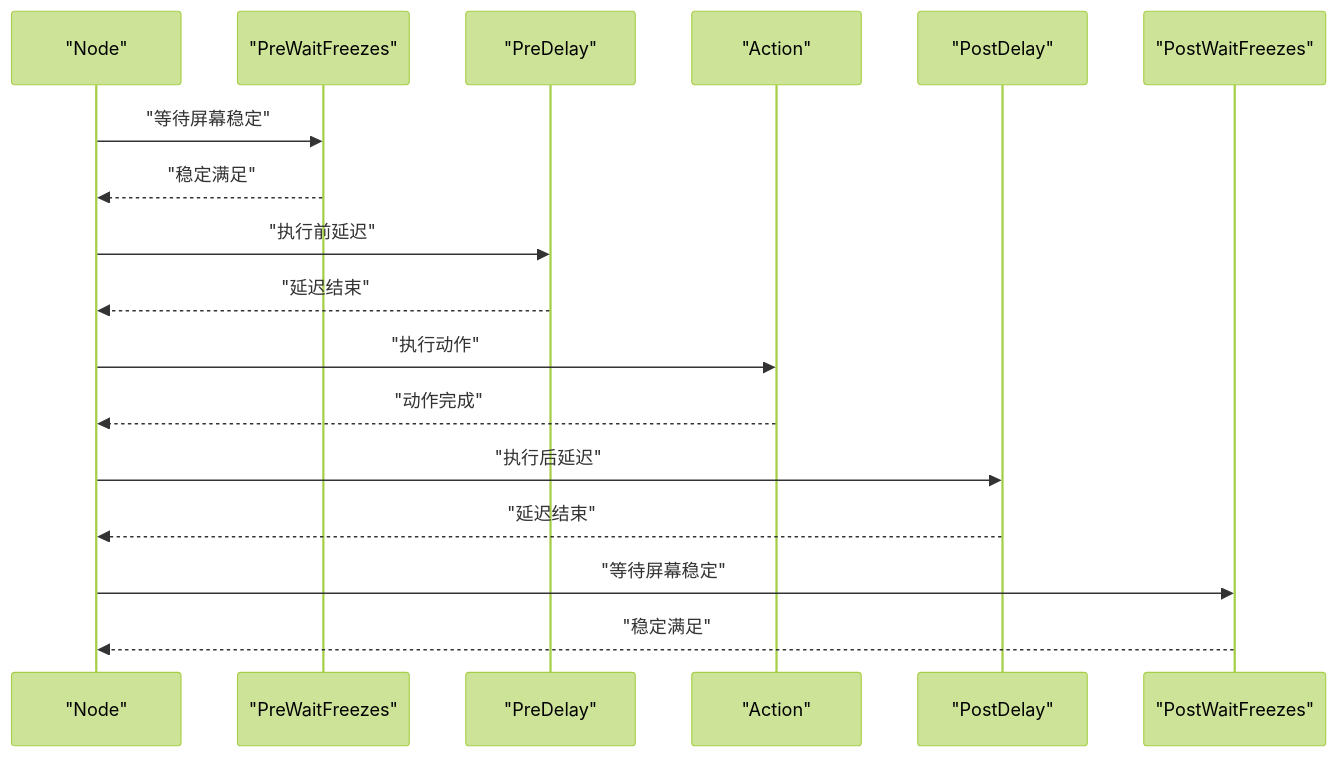
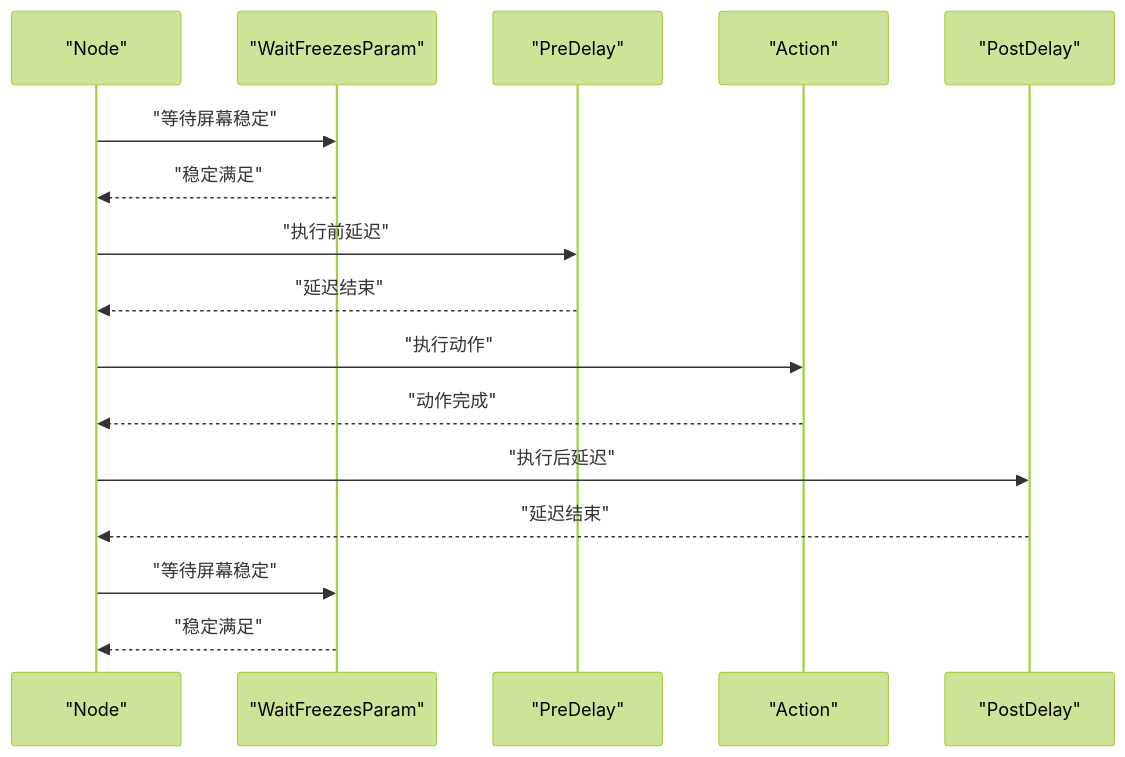
The third of 4 diagrams in instructions/maafw-golang-binding/高级功能/流水线配置/动作系统配置/动作系统配置.md (kqcoxn/MaaPipelineEditor), drawn with Mermaid (forest theme) before and after one commit. The commit also changed other lines of this file and 6 other files, not shown here.

````diff
--- a/instructions/maafw-golang-binding/高级功能/流水线配置/动作系统配置/动作系统配置.md
+++ b/instructions/maafw-golang-binding/高级功能/流水线配置/动作系统配置/动作系统配置.md
@@ -242,19 +254,18 @@
 ```mermaid
 sequenceDiagram
 participant N as "Node"
-participant P as "PreWaitFreezes"
-participant D as "PreDelay"
+participant WF as "WaitFreezesParam"
+participant PD as "PreDelay"
 participant A as "Action"
-participant R as "PostDelay"
-participant F as "PostWaitFreezes"
-N->>P : "等待屏幕稳定"
-P-->>N : "稳定满足"
-N->>D : "执行前延迟"
-D-->>N : "延迟结束"
+participant WD as "PostDelay"
+N->>WF : "等待屏幕稳定"
+WF-->>N : "稳定满足"
+N->>PD : "执行前延迟"
+PD-->>N : "延迟结束"
 N->>A : "执行动作"
 A-->>N : "动作完成"
-N->>R : "执行后延迟"
-R-->>N : "延迟结束"
-N->>F : "等待屏幕稳定"
-F-->>N : "稳定满足"
+N->>WD : "执行后延迟"
+WD-->>N : "延迟结束"
+N->>WF : "等待屏幕稳定"
+WF-->>N : "稳定满足"
 ```
````
